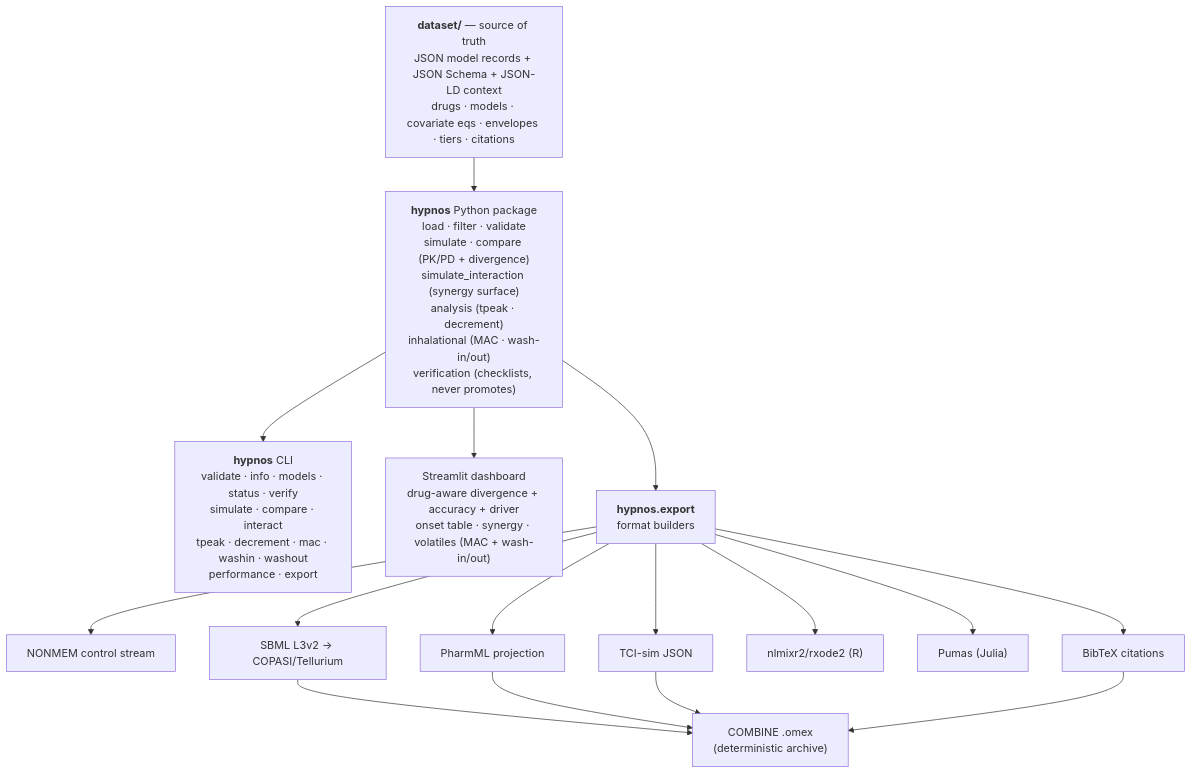
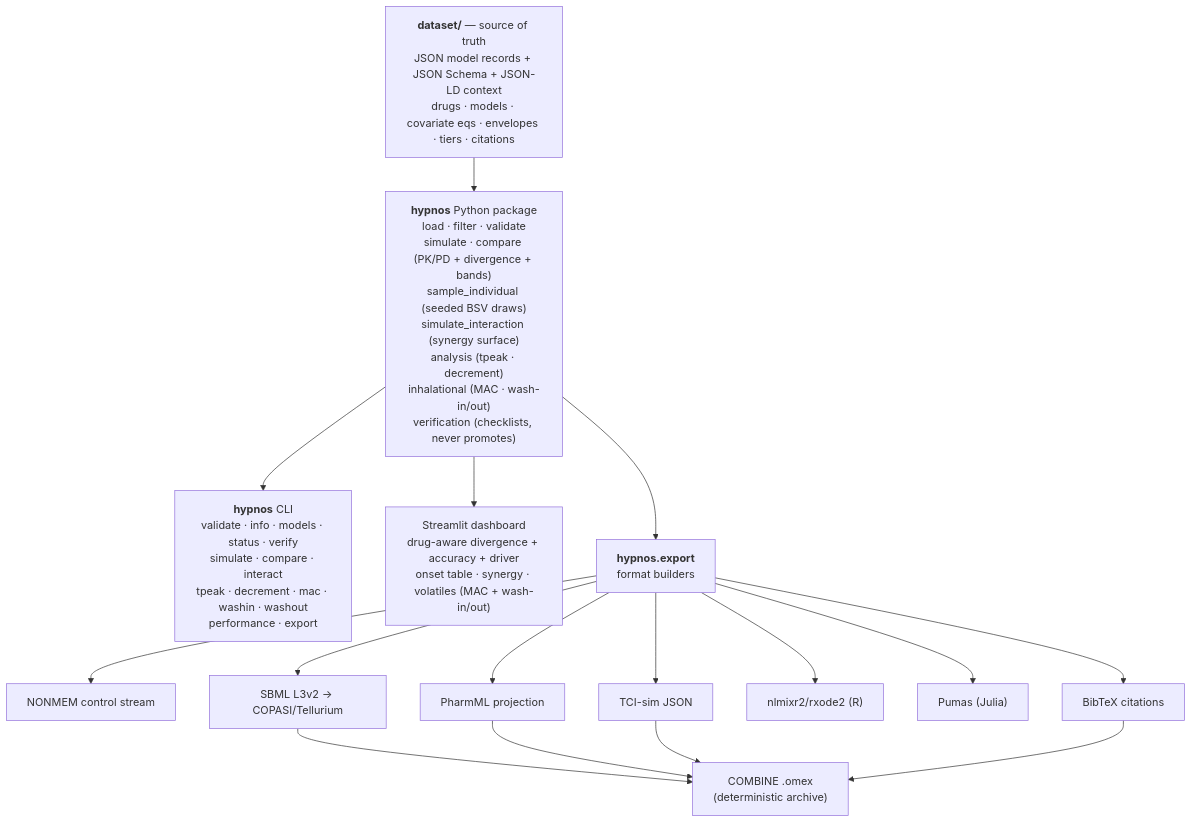
One commit to clay-good/hypnos changed the first of 3 diagrams in README.md. Above: the diagram before and after it, drawn with Mermaid. The commit also changed other lines of this file and 20 other files, not shown here.

````diff
--- a/README.md
+++ b/README.md
@@ -201,19 +246,19 @@
 ```mermaid
 flowchart TD
     DS["<b>dataset/</b> — source of truth<br/>JSON model records + JSON Schema + JSON-LD context<br/>drugs · models · covariate eqs · envelopes · tiers · citations"]
-    DS --> PKG["<b>hypnos</b> Python package<br/>load · filter · validate<br/>simulate · compare (PK/PD + divergence)<br/>simulate_interaction (synergy surface)<br/>analysis (tpeak · decrement)<br/>inhalational (MAC · wash-in/out)<br/>verification (checklists, never promotes)"]
+    DS --> PKG["<b>hypnos</b> Python package<br/>load · filter · validate<br/>simulate · compare (PK/PD + divergence + bands)<br/>sample_individual (seeded BSV draws)<br/>simulate_interaction (synergy surface)<br/>analysis (tpeak · decrement)<br/>inhalational (MAC · wash-in/out)<br/>verification (checklists, never promotes)"]
     PKG --> CLI["<b>hypnos</b> CLI<br/>validate · info · models · status · verify<br/>simulate · compare · interact<br/>tpeak · decrement · mac · washin · washout<br/>performance · export"]
     PKG --> DASH["Streamlit dashboard<br/>drug-aware divergence + accuracy + driver<br/>onset table · synergy · volatiles (MAC + wash-in/out)"]
     PKG --> EXP["<b>hypnos.export</b><br/>format builders"]
     EXP --> NM["NONMEM control stream"]
     EXP --> PHARMML["PharmML projection"]
     EXP --> SBML["SBML L3v2 → COPASI/Tellurium"]
     EXP --> TCIJSON["TCI-sim JSON"]
     EXP --> RX["nlmixr2/rxode2 (R)"]
     EXP --> PUMAS["Pumas (Julia)"]
     EXP --> BIB["BibTeX citations"]
     SBML --> OMEX["COMBINE .omex<br/>(deterministic archive)"]
     PHARMML --> OMEX
     TCIJSON --> OMEX
     BIB --> OMEX
 ```
````
